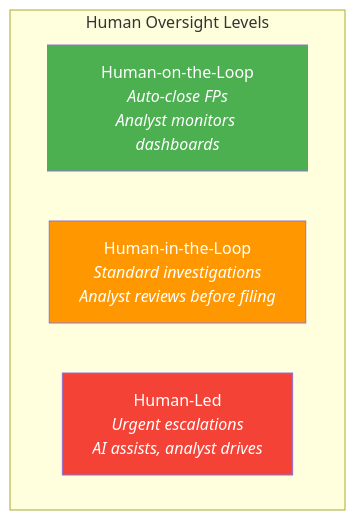
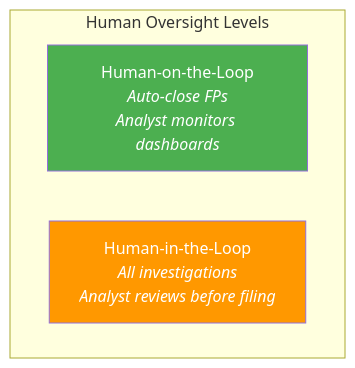
Diagram 19 of 19 in docs/AGENTIC_INVESTIGATION_PIPELINE.md (mongodb-industry-solutions/fsi-aml-fraud-detection), drawn with Mermaid before and after one commit. The commit also changed other lines of this file, not shown here.

````diff
--- a/docs/AGENTIC_INVESTIGATION_PIPELINE.md
+++ b/docs/AGENTIC_INVESTIGATION_PIPELINE.md
@@ -1148,13 +1455,11 @@
 ```mermaid
 flowchart TB
     subgraph Oversight["Human Oversight Levels"]
         direction LR
         Low["Human-on-the-Loop<br/><i>Auto-close FPs<br/>Analyst monitors dashboards</i>"]
-        Med["Human-in-the-Loop<br/><i>Standard investigations<br/>Analyst reviews before filing</i>"]
-        High["Human-Led<br/><i>Urgent escalations<br/>AI assists, analyst drives</i>"]
+        High["Human-in-the-Loop<br/><i>All investigations<br/>Analyst reviews before filing</i>"]
     end
 
     style Low fill:#4caf50,color:#fff
-    style Med fill:#ff9800,color:#fff
-    style High fill:#f44336,color:#fff
+    style High fill:#ff9800,color:#fff
 ```
````
